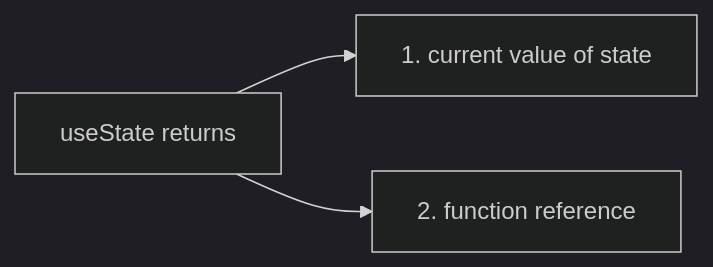
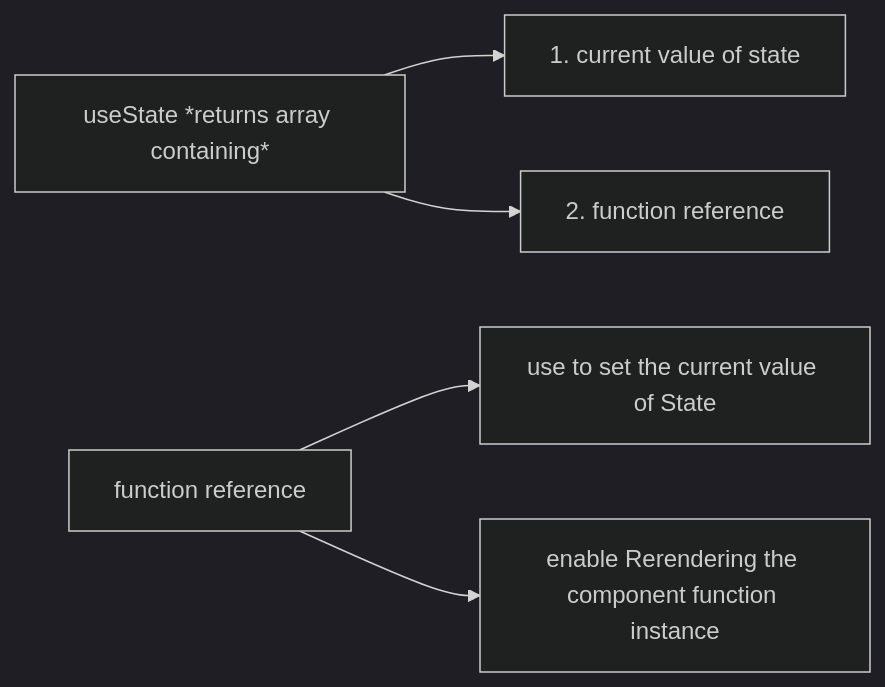
Before and after one commit to Nishith1998/React-Learning: the diagram in ReadMeDocumentation/2. React State & Working with Events.md, drawn with Mermaid (dark theme).

Commit message:
Update ReadMe 2

````diff
--- a/ReadMeDocumentation/2. React State & Working with Events.md
+++ b/ReadMeDocumentation/2. React State & Working with Events.md
@@ -112,5 +112,8 @@
 ```mermaid
 graph LR
-    A[useState returns] --> B[1. current value of state]
+    A[useState *returns array containing*] --> B[1. current value of state]
 A --> C[2. function reference]
+
+D[function reference] --> E[use to set the current value of State]
+D --> F[enable Rerendering the component function instance]
 ```
````
